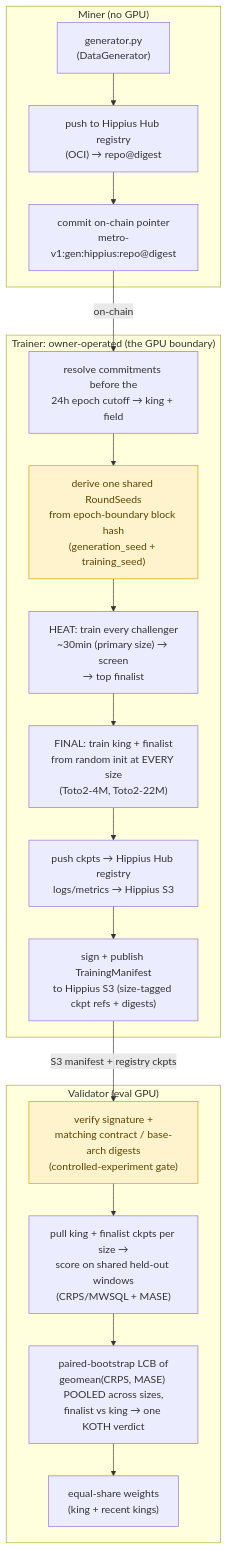
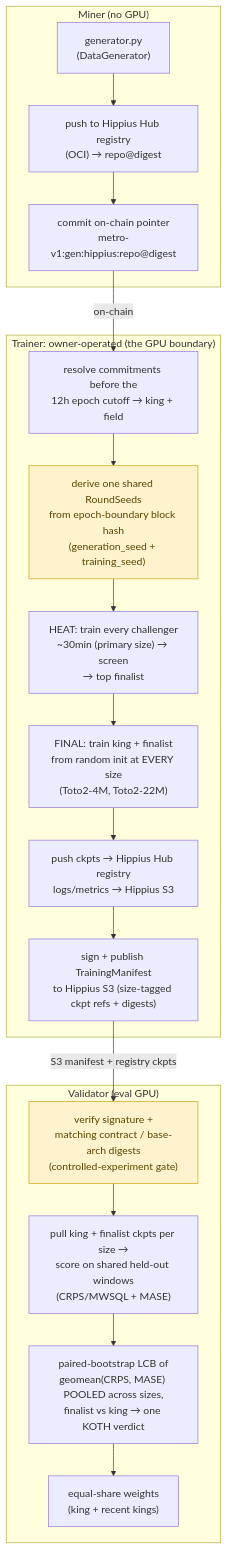
The diagram in README.md (TensorLink-AI/cascade), drawn with Mermaid before and after one commit. The commit also changed other lines of this file and 21 other files, not shown here.

````diff
--- a/README.md
+++ b/README.md
@@ -55,33 +55,33 @@
 ```mermaid
 flowchart TD
     subgraph miner["Miner (no GPU)"]
         gen["generator.py<br/>(DataGenerator)"]
         upload["push to Hippius Hub registry<br/>(OCI) → repo@digest"]
         commit["commit on-chain pointer<br/>metro-v1:gen:hippius:repo@digest"]
         gen --> upload --> commit
     end
 
     subgraph trainer["Trainer: owner-operated (the GPU boundary)"]
-        resolve["resolve commitments before the<br/>24h epoch cutoff → king + field"]
+        resolve["resolve commitments before the<br/>12h epoch cutoff → king + field"]
         seeds["derive one shared RoundSeeds<br/>from epoch-boundary block hash<br/>(generation_seed + training_seed)"]
         heat["HEAT: train every challenger<br/>~30min (primary size) → screen<br/>→ top finalist"]
         trainK["FINAL: train king + finalist<br/>from random init at EVERY size<br/>(Toto2-4M, Toto2-22M)"]
         upK["push ckpts → Hippius Hub registry<br/>logs/metrics → Hippius S3"]
         manifest["sign + publish TrainingManifest<br/>to Hippius S3 (size-tagged ckpt refs + digests)"]
         resolve --> seeds --> heat --> trainK --> upK --> manifest
     end
 
     subgraph validator["Validator (eval GPU)"]
         gate["verify signature +<br/>matching contract / base-arch digests<br/>(controlled-experiment gate)"]
         eval["pull king + finalist ckpts per size →<br/>score on shared held-out windows<br/>(CRPS/MWSQL + MASE)"]
         koth["paired-bootstrap LCB of<br/>geomean(CRPS, MASE) POOLED across sizes,<br/>finalist vs king → one KOTH verdict"]
         weights["equal-share weights<br/>(king + recent kings)"]
         gate --> eval --> koth --> weights
     end
 
     commit -->|on-chain| resolve
     manifest -->|S3 manifest + registry ckpts| gate
 
     classDef invariant fill:#fff3cd,stroke:#d39e00,color:#5c4400;
     class seeds,gate invariant;
 ```
````
